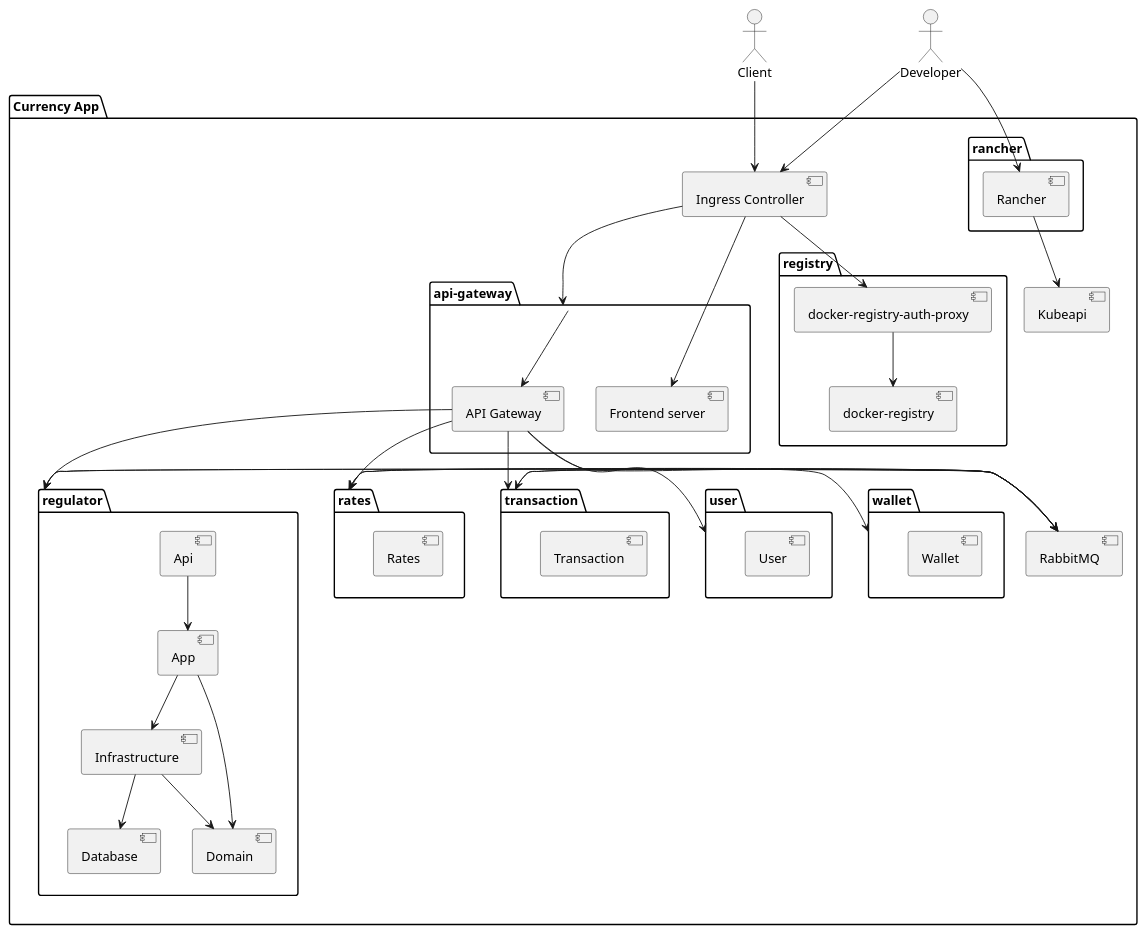
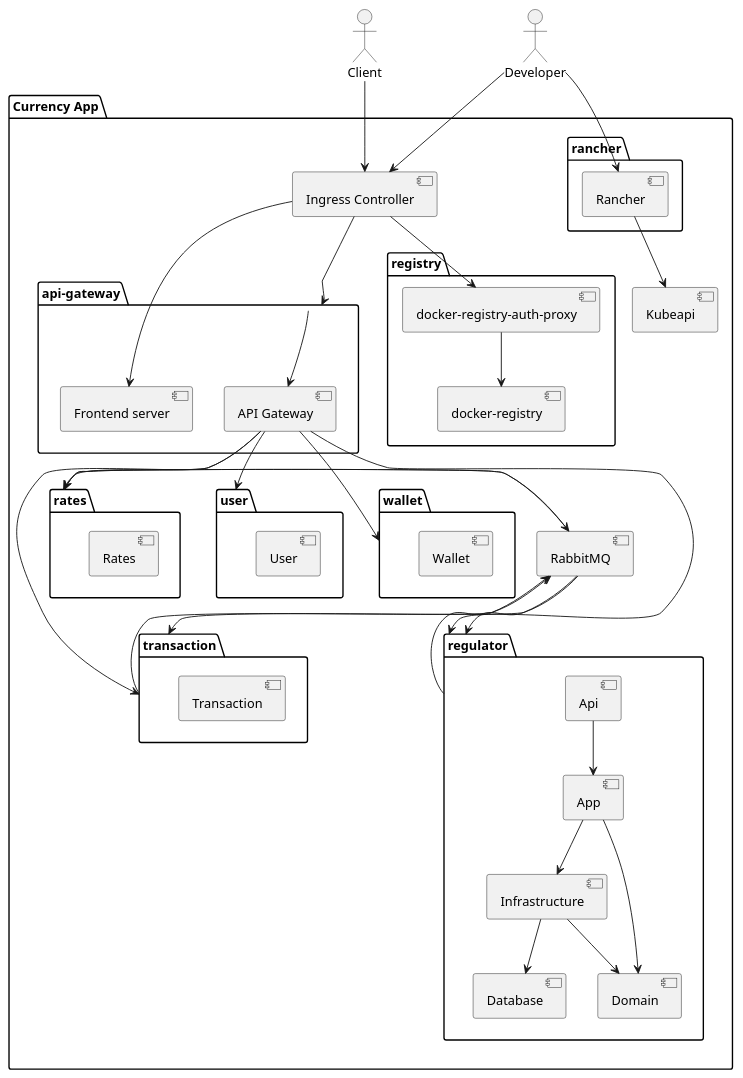
Before and after one commit to nightnoryu/software-design: the diagram in 3. Технические процессы/Infrastructure.puml, drawn with PlantUML.

Commit message:
Залил правки Булата

```diff
--- a/3. Технические процессы/Infrastructure.puml
+++ b/3. Технические процессы/Infrastructure.puml
@@ -1,71 +1,71 @@
-@startuml Infrastructure Diagram
+@startuml
 package "Currency App" {
     package "api-gateway" {
         [Frontend server]
         [API Gateway]
     }
     package "regulator" {
         [Api]
         [App]
         [Infrastructure]
         [Domain]
         [Database]
     }
     package "rates" {
         [Rates]
     }
     package "user" {
         [User]
     }
     package "wallet" {
         [Wallet]
     }
     package "transaction" {
         [Transaction]
     }
     package "registry" {
         [docker-registry]
         [docker-registry-auth-proxy]
     }
     package "rancher" {
         [Rancher]
     }
     [Ingress Controller]
     [Kubeapi]
     [RabbitMQ]
 }
 
 [docker-registry-auth-proxy] --> [docker-registry]
 
 [Api] --> [App]
 [App] --> [Infrastructure]
 [App] --> [Domain]
 [Infrastructure] --> [Domain]
 [Infrastructure] --> [Database]
 
 [Ingress Controller] --> [docker-registry-auth-proxy]
 [Ingress Controller] --> [api-gateway]
 [Ingress Controller] --> [Frontend server]
 
 [api-gateway] --> [API Gateway]
-[API Gateway] --> [regulator]
+[API Gateway] ---> [regulator]
 [API Gateway] --> [rates]
 [API Gateway] --> [user]
 [API Gateway] --> [wallet]
-[API Gateway] --> [transaction]
+[API Gateway] ---> [transaction]
 
-[RabbitMQ] -> [regulator]
-[regulator] -> [RabbitMQ]
-[RabbitMQ] -> [rates]
-[rates] -> [RabbitMQ]
-[RabbitMQ] -> [transaction]
-[transaction] -> [RabbitMQ]
+[RabbitMQ] --> [regulator]
+[regulator] --> [RabbitMQ]
+[RabbitMQ] --> [rates]
+[rates] --> [RabbitMQ]
+[RabbitMQ] --> [transaction]
+[transaction] --> [RabbitMQ]
 
 actor Client
 [Client] --> [Ingress Controller]
 
 actor Developer
 [Developer] --> [Rancher]
 [Developer] --> [Ingress Controller]
 [Rancher] --> [Kubeapi]
 @enduml
```
